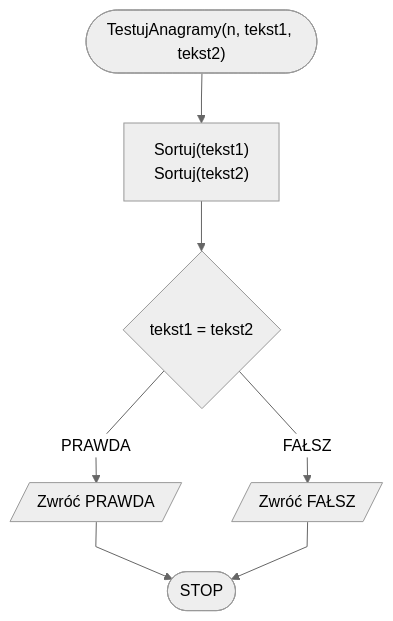
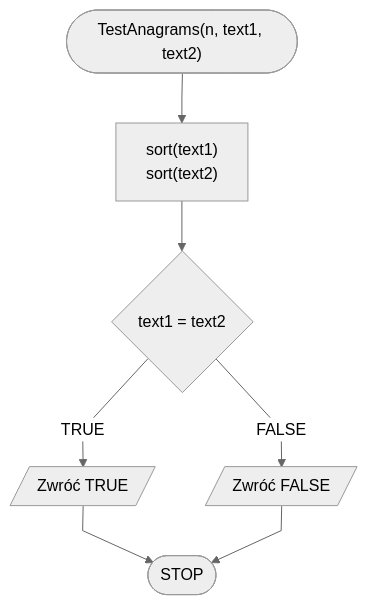
Before and after one commit to blackbat13/edu-cs-htiew-en: the diagram in docs/algorithms/text/anagrams.md, drawn with Mermaid. The commit also changed other lines of this file and 682 other files, not shown here.

````diff
--- a/docs/algorithms/text/anagrams.md
+++ b/docs/algorithms/text/anagrams.md
@@ -143,11 +143,11 @@
 ```mermaid
 %%{init: {"flowchart": {"curve": "linear"}, "theme": "neutral"} }%%
 flowchart TD
-    START(["TestujAnagramy(n, tekst1, tekst2)"]) --> K1["Sortuj(tekst1)
-    Sortuj(tekst2)"]
-    K1 --> K3{tekst1 = tekst2}
-    K3 -- PRAWDA --> K4[/Zwróć PRAWDA/]
-    K3 -- FAŁSZ --> K6[/Zwróć FAŁSZ/]
+    START(["TestAnagrams(n, text1, text2)"]) --> K1["sort(text1)
+    sort(text2)"]
+    K1 --> K3{text1 = text2}
+    K3 -- TRUE --> K4[/Zwróć TRUE/]
+    K3 -- FALSE --> K6[/Zwróć FALSE/]
     K4 --> STOP([STOP])
     K6 --> STOP
 ```
````
